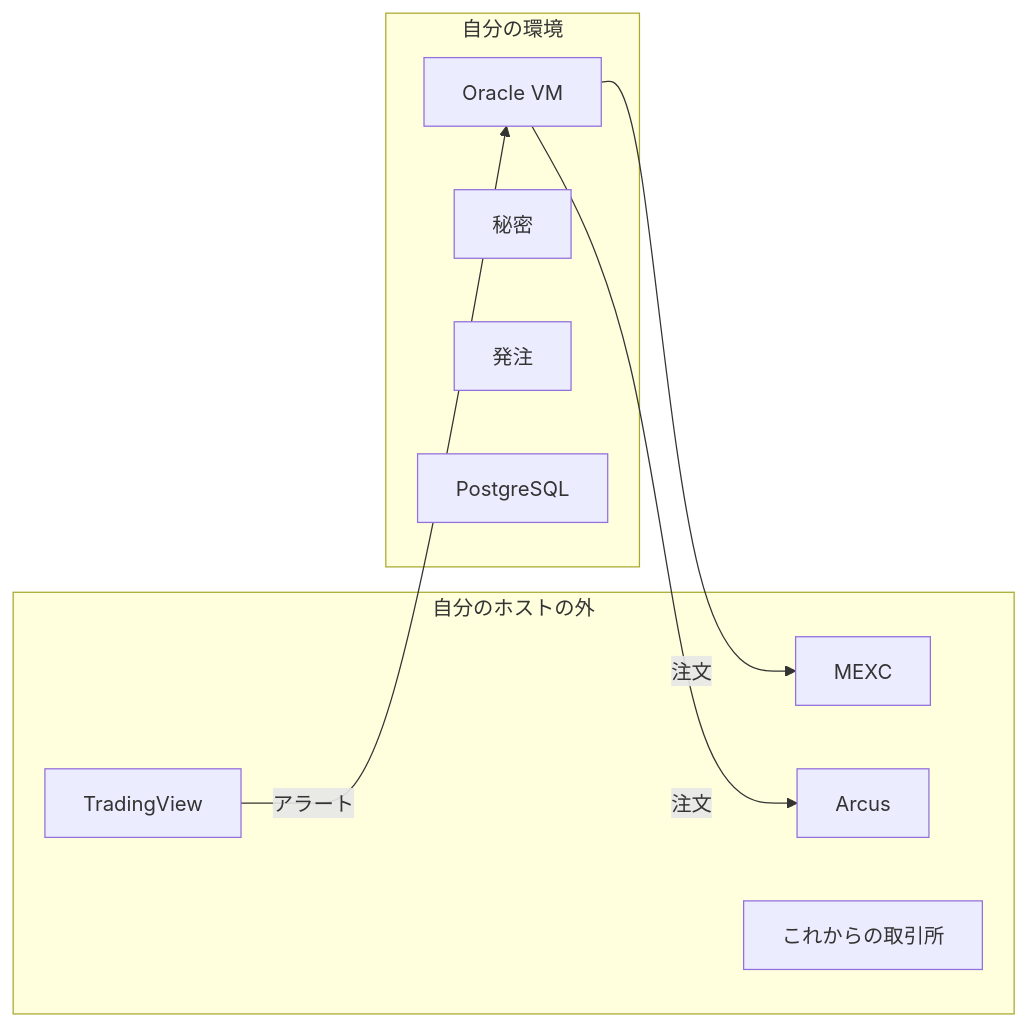
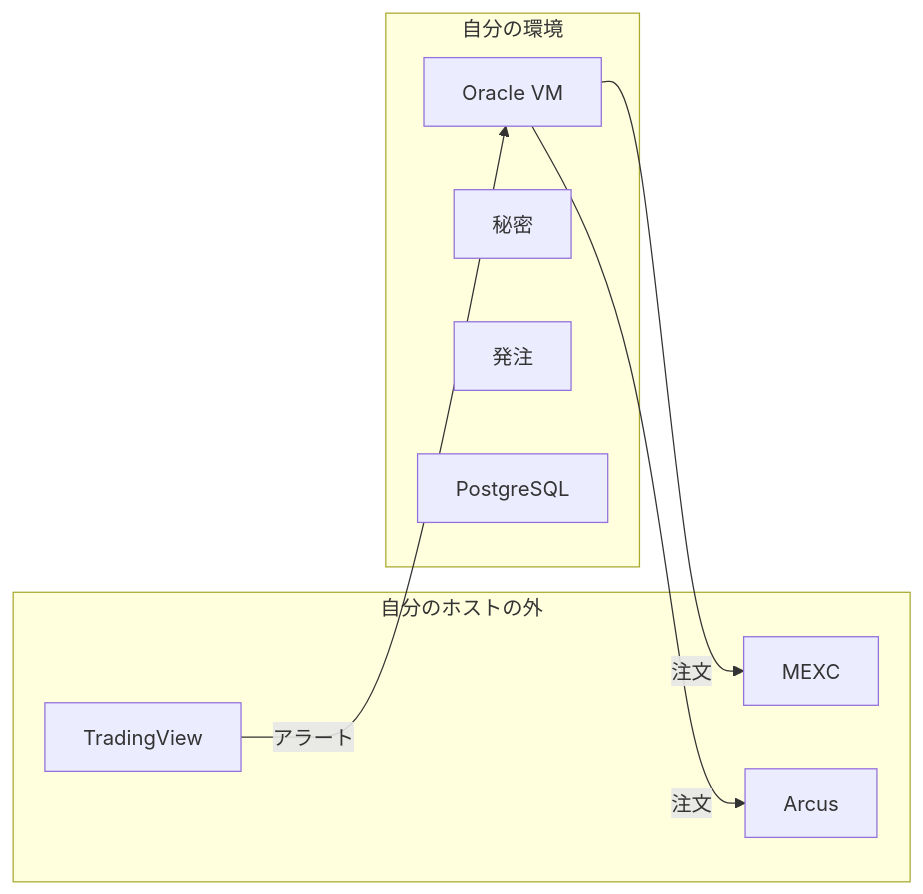
Before and after one commit to SignalNexus/signal-nexus: the fourth of 5 diagrams in docs/architecture/ARCHITECTURE_JA.md, drawn with Mermaid. The commit also changed other lines of this file and 5 other files, not shown here.

````diff
--- a/docs/architecture/ARCHITECTURE_JA.md
+++ b/docs/architecture/ARCHITECTURE_JA.md
@@ -75,18 +74,17 @@
 ```mermaid
 graph LR
   subgraph Public["自分のホストの外"]
     TradingView
     MEXC
     Arcus
-    FutureVenues["これからの取引所"]
   end
   subgraph Private["自分の環境"]
     OracleVM["Oracle VM"]
     Secrets["秘密"]
     Engine["発注"]
     Database["PostgreSQL"]
   end
   TradingView -->|アラート| OracleVM
   OracleVM -->|注文| MEXC
   OracleVM -->|注文| Arcus
 ```
````
